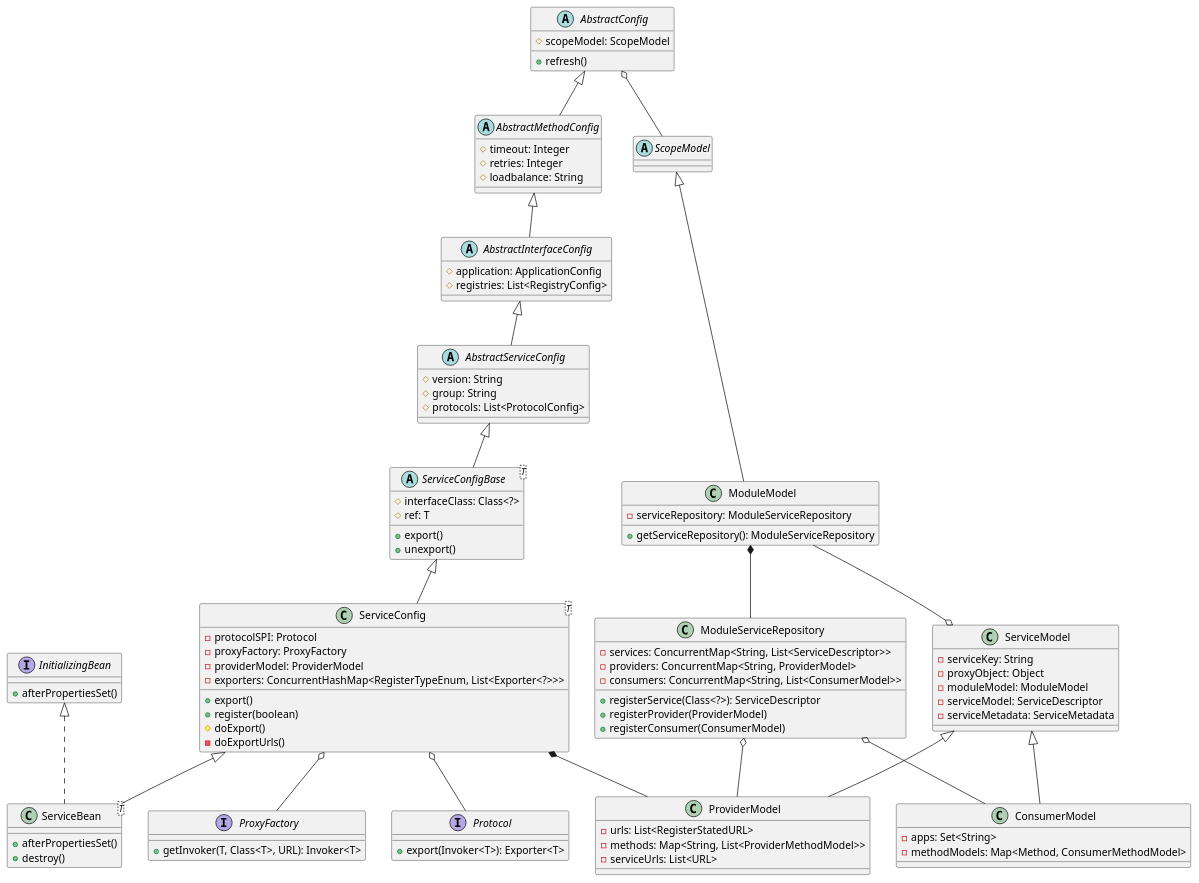
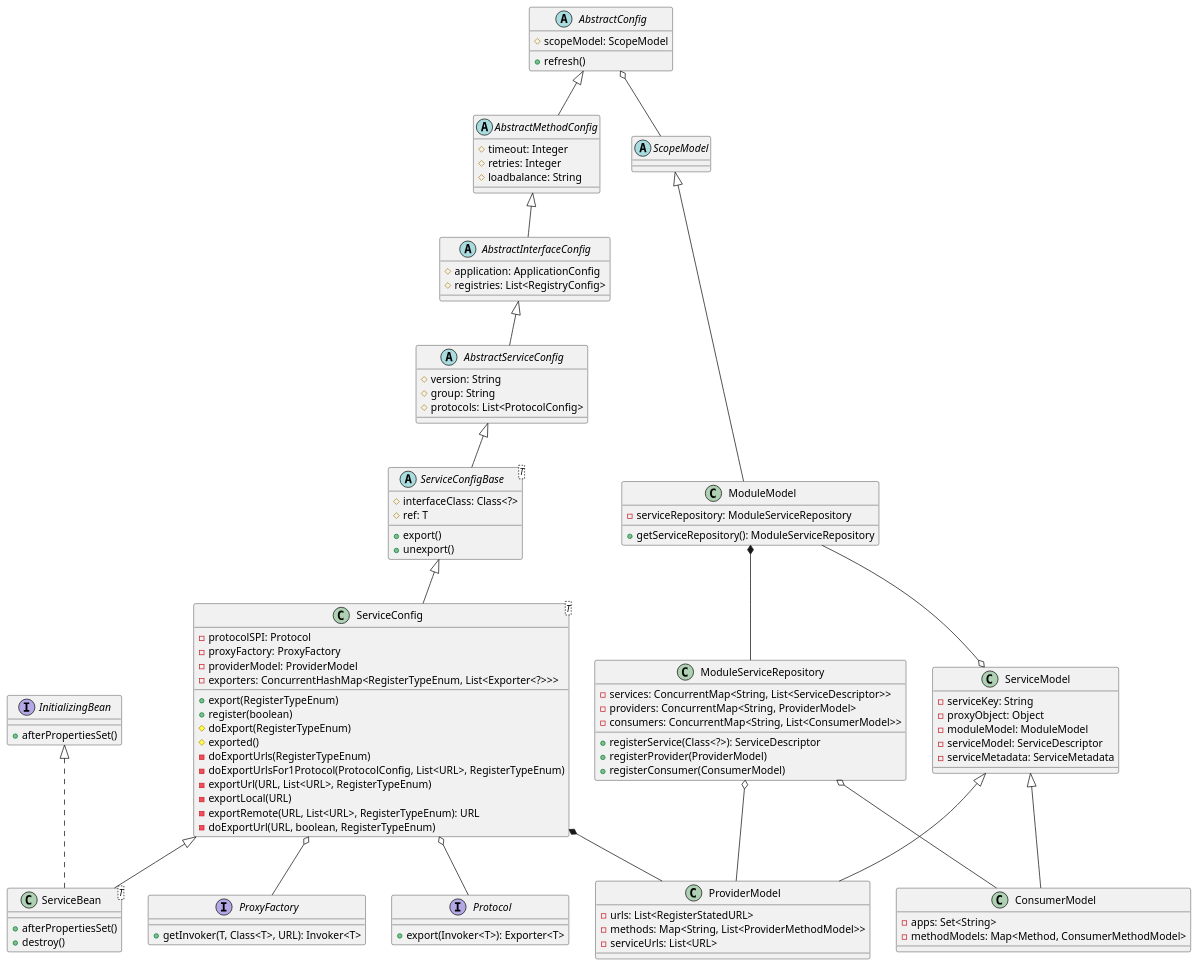
Before and after one commit to kevinwang930/kevinwang930.github.io: the fourth of 16 diagrams in content/post/network/dubbo/index.md, drawn with PlantUML. The commit also changed other lines of this file, not shown here.

```diff
--- a/content/post/network/dubbo/index.md
+++ b/content/post/network/dubbo/index.md
@@ -1054,10 +1092,16 @@
   - proxyFactory: ProxyFactory
   - providerModel: ProviderModel
   - exporters: ConcurrentHashMap<RegisterTypeEnum, List<Exporter<?>>>
-  + export()
+  + export(RegisterTypeEnum)
   + register(boolean)
-  # doExport()
-  - doExportUrls()
+  # doExport(RegisterTypeEnum)
+  # exported()
+  - doExportUrls(RegisterTypeEnum)
+  - doExportUrlsFor1Protocol(ProtocolConfig, List<URL>, RegisterTypeEnum)
+  - exportUrl(URL, List<URL>, RegisterTypeEnum)
+  - exportLocal(URL)
+  - exportRemote(URL, List<URL>, RegisterTypeEnum): URL
+  - doExportUrl(URL, boolean, RegisterTypeEnum)
 }
 class ServiceBean<T> extends ServiceConfig implements InitializingBean {
   + afterPropertiesSet()
```
